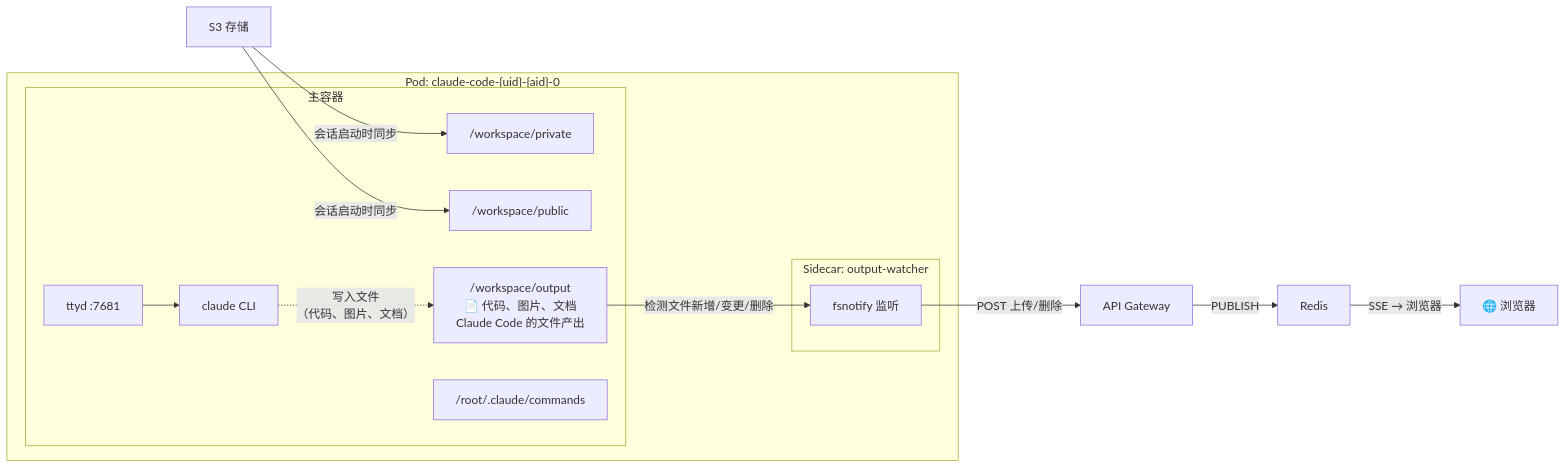
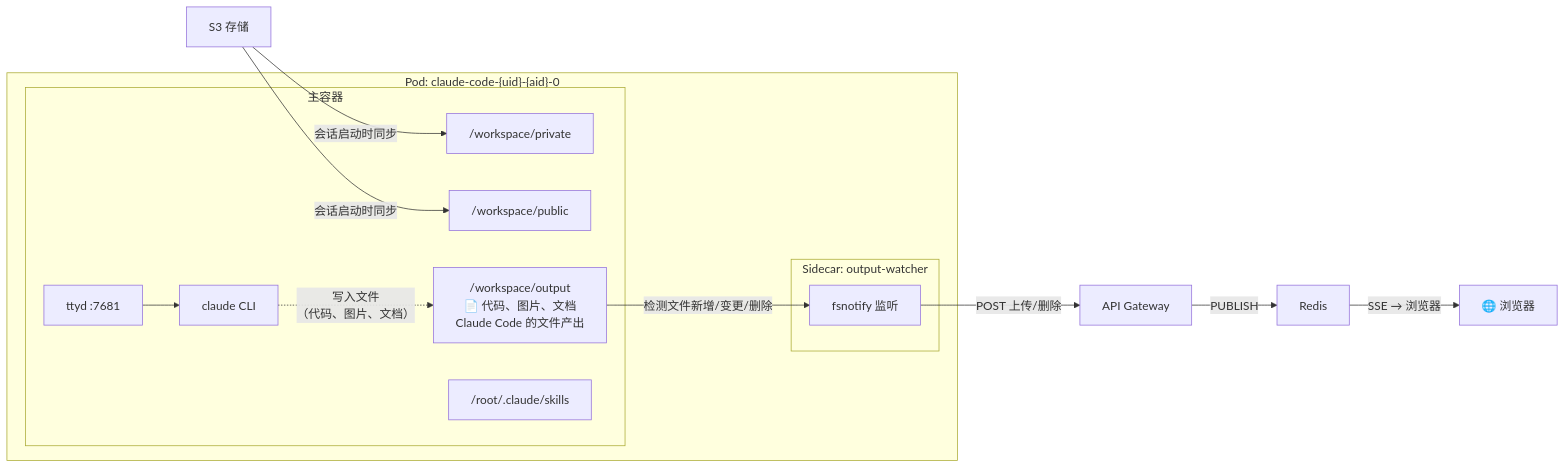
One commit to aireet/sac changed the second of 2 diagrams in docs/i18n/README.zh.md. Above: the diagram before and after it, drawn with Mermaid. The commit also changed other lines of this file and 2 other files, not shown here.

Commit message:
docs: update CLAUDE.md and READMEs with skill visibility, maintenance, and path fixes

````diff
--- a/docs/i18n/README.zh.md
+++ b/docs/i18n/README.zh.md
@@ -71,23 +71,23 @@
 ```mermaid
 graph LR
     subgraph Pod["Pod: claude-code-{uid}-{aid}-0"]
         subgraph Main["主容器"]
             ttyd["ttyd :7681"] --> claude["claude CLI"]
             Private["/workspace/private"]
             Public["/workspace/public"]
             Output["/workspace/output<br/>📄 代码、图片、文档<br/>Claude Code 的文件产出"]
-            Skills["/root/.claude/commands"]
+            Skills["/root/.claude/skills"]
         end
         subgraph Sidecar["Sidecar: output-watcher"]
             Watcher["fsnotify 监听"]
         end
     end
 
     claude -.->|"写入文件<br/>（代码、图片、文档）"| Output
     OSS["S3 存储"] -->|"会话启动时同步"| Private
     OSS -->|"会话启动时同步"| Public
     Output -->|"检测文件新增/变更/删除"| Watcher
     Watcher -->|"POST 上传/删除"| API["API Gateway"]
     API -->|"PUBLISH"| Redis["Redis"]
     Redis -->|"SSE → 浏览器"| Browser["🌐 浏览器"]
 ```
````
